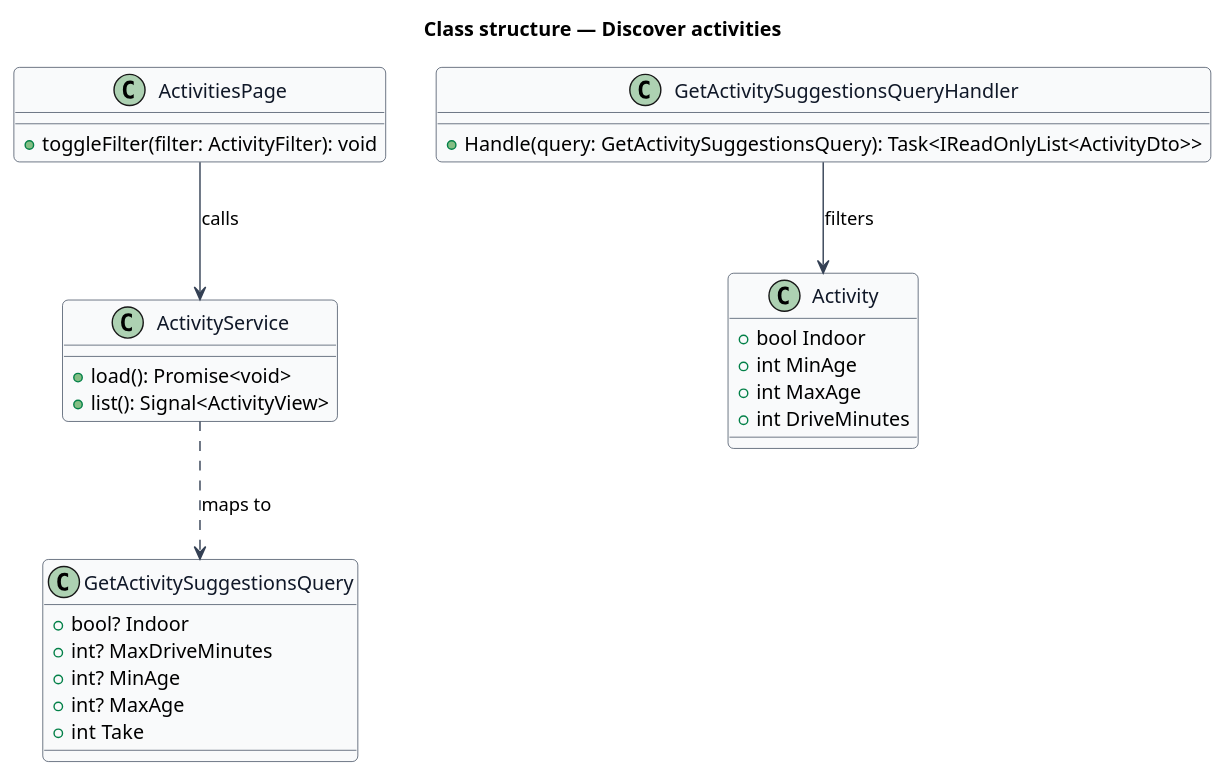
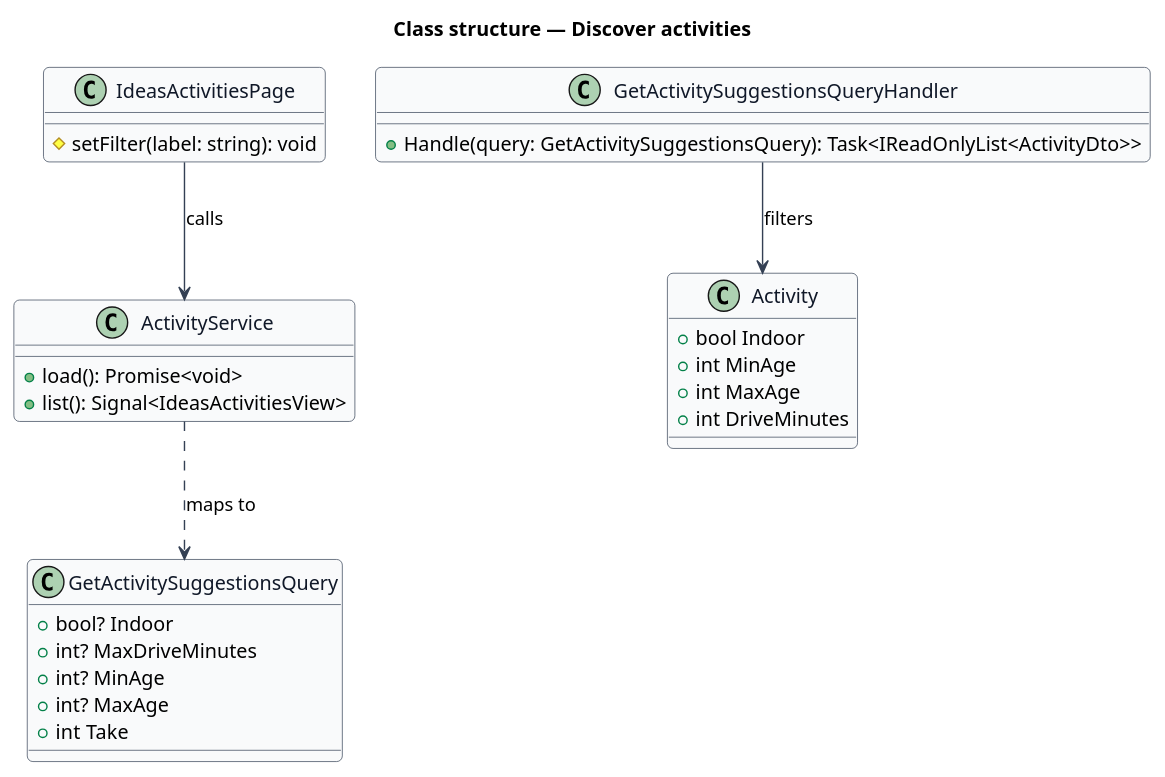
The diagram in docs/detailed-designs/discovery/discover-activities/diagrams/class-structure.puml (QuinntyneBrown/saturdaze), drawn with PlantUML before and after one commit. The commit also changed 208 other files, not shown here.

```diff
--- a/docs/detailed-designs/discovery/discover-activities/diagrams/class-structure.puml
+++ b/docs/detailed-designs/discovery/discover-activities/diagrams/class-structure.puml
@@ -1,40 +1,40 @@
 @startuml
 skinparam backgroundColor #FFFFFF
 skinparam shadowing false
 skinparam roundcorner 8
 skinparam defaultFontName Arial
 skinparam ArrowColor #344054
 skinparam class {
   BorderColor #344054
   FontColor #101828
   BackgroundColor #F9FAFB
 }
 title Class structure — Discover activities
 
-class ActivitiesPage {
-  +toggleFilter(filter: ActivityFilter): void
+class IdeasActivitiesPage {
+  #setFilter(label: string): void
 }
 class ActivityService {
   +load(): Promise<void>
-  +list(): Signal<ActivityView>
+  +list(): Signal<IdeasActivitiesView>
 }
 class GetActivitySuggestionsQuery {
   +bool? Indoor
   +int? MaxDriveMinutes
   +int? MinAge
   +int? MaxAge
   +int Take
 }
 class GetActivitySuggestionsQueryHandler {
   +Handle(query: GetActivitySuggestionsQuery): Task<IReadOnlyList<ActivityDto>>
 }
 class Activity {
   +bool Indoor
   +int MinAge
   +int MaxAge
   +int DriveMinutes
 }
-ActivitiesPage --> ActivityService : calls
+IdeasActivitiesPage --> ActivityService : calls
 ActivityService ..> GetActivitySuggestionsQuery : maps to
 GetActivitySuggestionsQueryHandler --> Activity : filters
 @enduml
```
